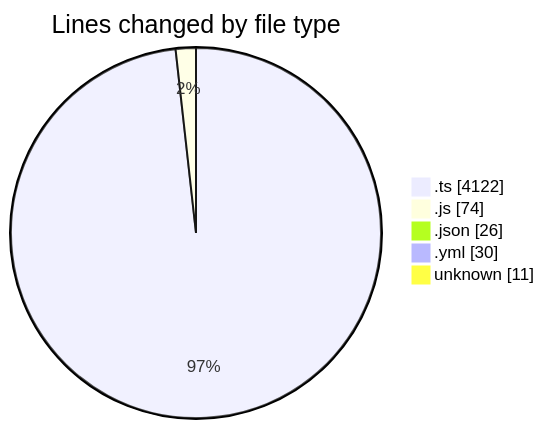
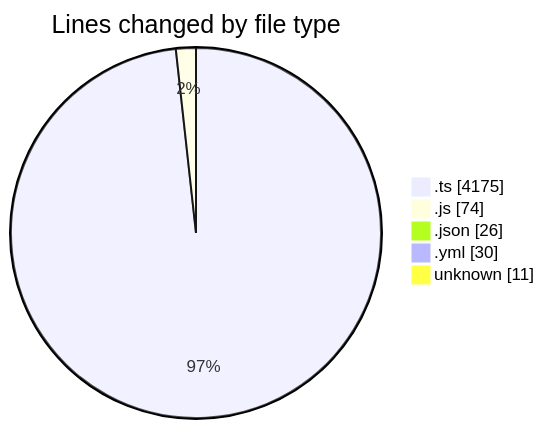
The first of 2 diagrams in 2026-02-07/singularitybrainai/README.md (tmsrecording-cyber/code-tracking), drawn with Mermaid before and after one commit. The commit also changed other lines of this file and 1 other file, not shown here.

````diff
--- a/2026-02-07/singularitybrainai/README.md
+++ b/2026-02-07/singularitybrainai/README.md
@@ -36,9 +36,9 @@
 ```mermaid
 pie showData
 title Lines changed by file type
-".ts" : 4122
+".ts" : 4175
 ".js" : 74
 ".json" : 26
 ".yml" : 30
 "unknown" : 11
 ```
````
